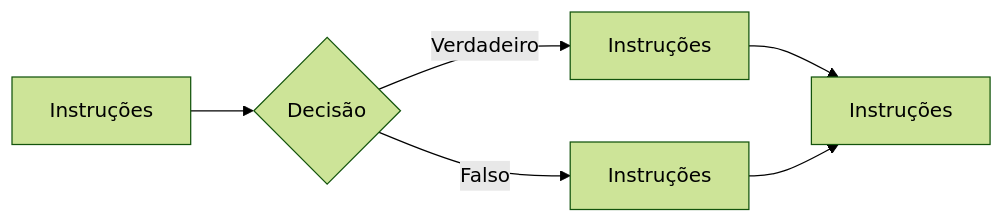
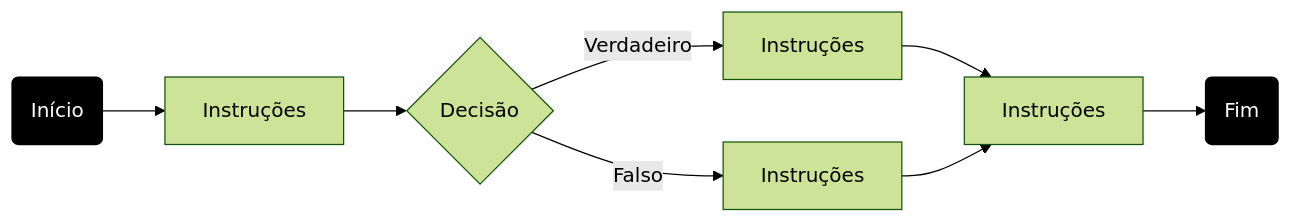
Before and after one commit to yuriMartinst/linguagem-java: the second of 7 diagrams in 08.md, drawn with Mermaid (forest theme). The commit also changed other lines of this file, not shown here.

````diff
--- a/08.md
+++ b/08.md
@@ -24,8 +29,14 @@
 ```mermaid
+
 flowchart LR
+    inicio(Início) --> A
     A[Instruções] --> C{Decisão}
     C -->|Verdadeiro| D[Instruções]
     C -->|Falso| E[Instruções]
     D --> F[Instruções]
     E --> F[Instruções]
+    F --> fim(Fim)
+
+style inicio fill:#000,stroke:#000,color:#fff
+style fim fill:#000,stroke:#000,color:#fff
 ```
````
